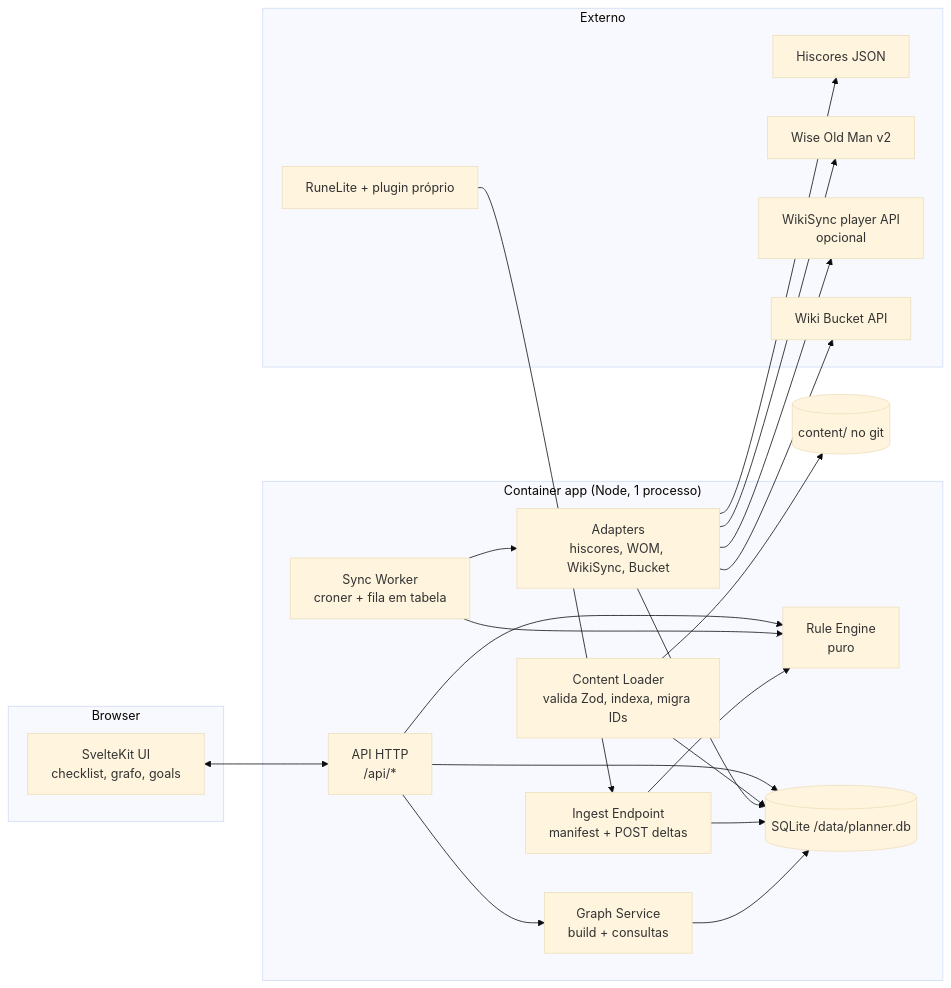
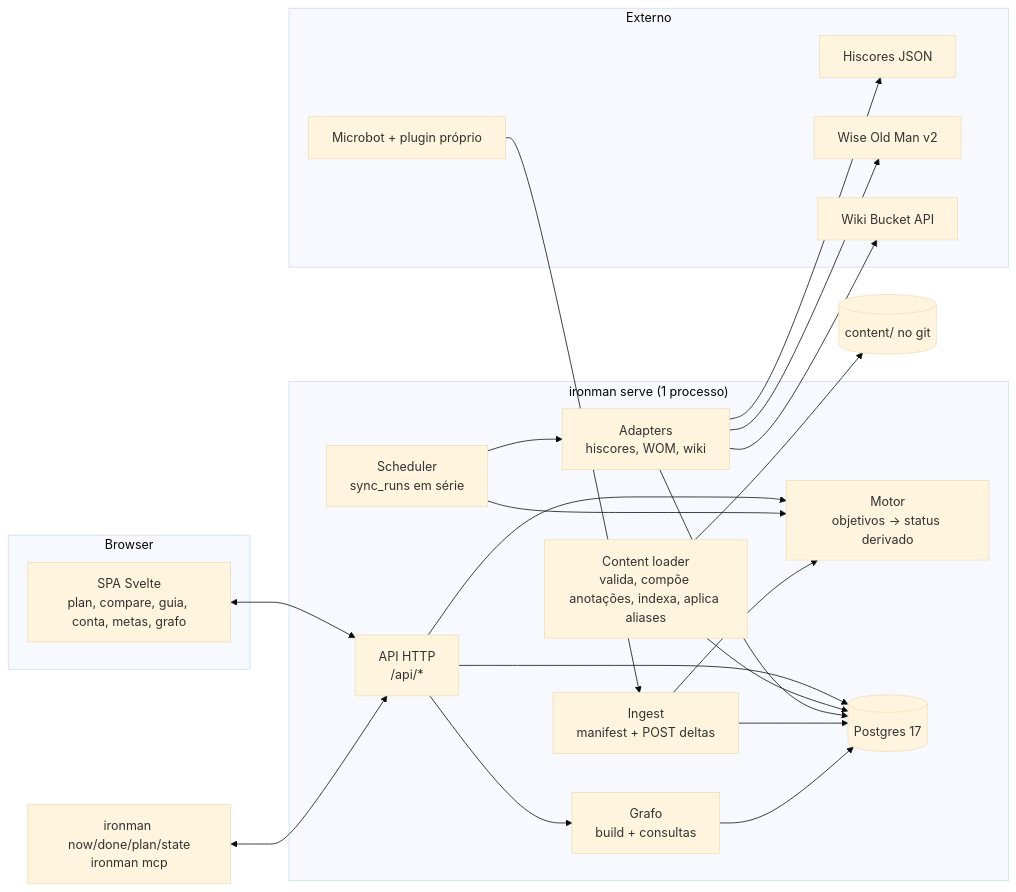
The first of 4 diagrams in docs/04-arquitetura.md (FelipeMalacarne/chronicle), drawn with Mermaid (base theme) before and after one commit. The commit also changed other lines of this file, not shown here.

````diff
--- a/docs/04-arquitetura.md
+++ b/docs/04-arquitetura.md
@@ -49,35 +51,36 @@
 ```mermaid
 flowchart LR
   subgraph Browser
-    UI[SvelteKit UI<br/>checklist, grafo, goals]
+    UI[SPA Svelte<br/>plan, compare, guia, conta, metas, grafo]
   end
-  subgraph App["Container app (Node, 1 processo)"]
+  subgraph Bin["ironman serve (1 processo)"]
     API[API HTTP<br/>/api/*]
-    CL[Content Loader<br/>valida Zod, indexa, migra IDs]
-    RE[Rule Engine<br/>puro]
-    GS[Graph Service<br/>build + consultas]
-    SW[Sync Worker<br/>croner + fila em tabela]
-    ING[Ingest Endpoint<br/>manifest + POST deltas]
-    AD[Adapters<br/>hiscores, WOM, WikiSync, Bucket]
-    DB[(SQLite /data/planner.db)]
+    CL[Content loader<br/>valida, compõe anotações, indexa, aplica aliases]
+    RE[Motor<br/>objetivos → status derivado]
+    GS[Grafo<br/>build + consultas]
+    SW[Scheduler<br/>sync_runs em série]
+    ING[Ingest<br/>manifest + POST deltas]
+    AD[Adapters<br/>hiscores, WOM, wiki]
+    DB[(Postgres 17)]
   end
   subgraph Externo
     HS[Hiscores JSON]
     WOM[Wise Old Man v2]
-    WS[WikiSync player API<br/>opcional]
     BK[Wiki Bucket API]
-    RL[RuneLite + plugin próprio]
+    RL[Microbot + plugin próprio]
   end
   CONTENT[(content/ no git)]
+  CLI[ironman now/done/plan/state<br/>ironman mcp]
   UI <--> API
+  CLI <--> API
   API --> RE & GS & DB
   CL --> CONTENT
   CL --> DB
   SW --> AD
-  AD --> HS & WOM & WS & BK
+  AD --> HS & WOM & BK
   AD --> DB
   SW --> RE
   RL --> ING --> DB
   ING --> RE
   GS --> DB
 ```
````
